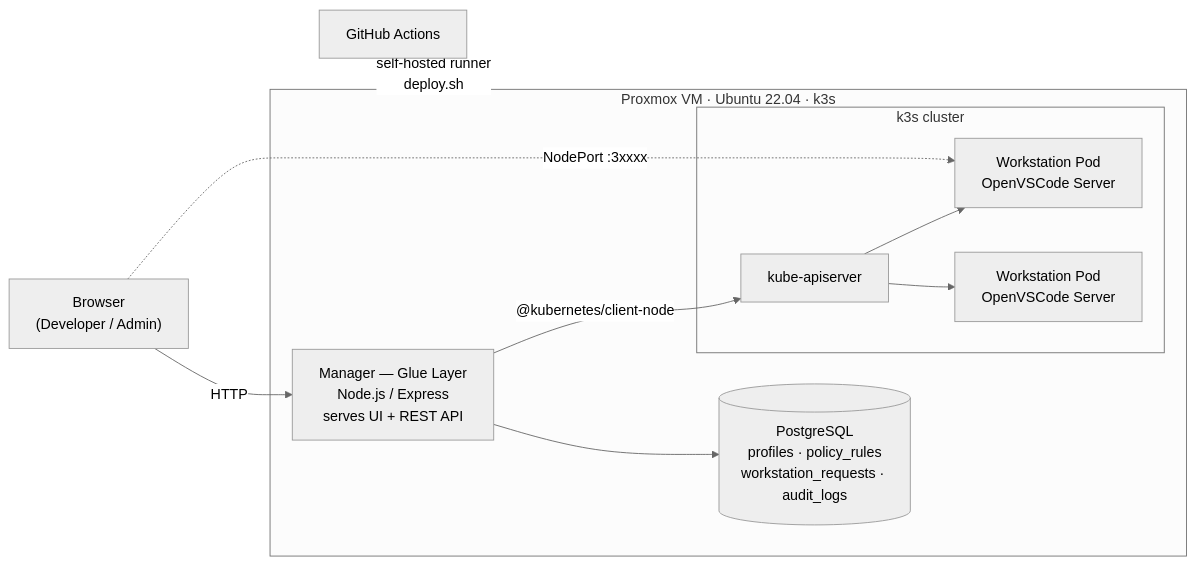
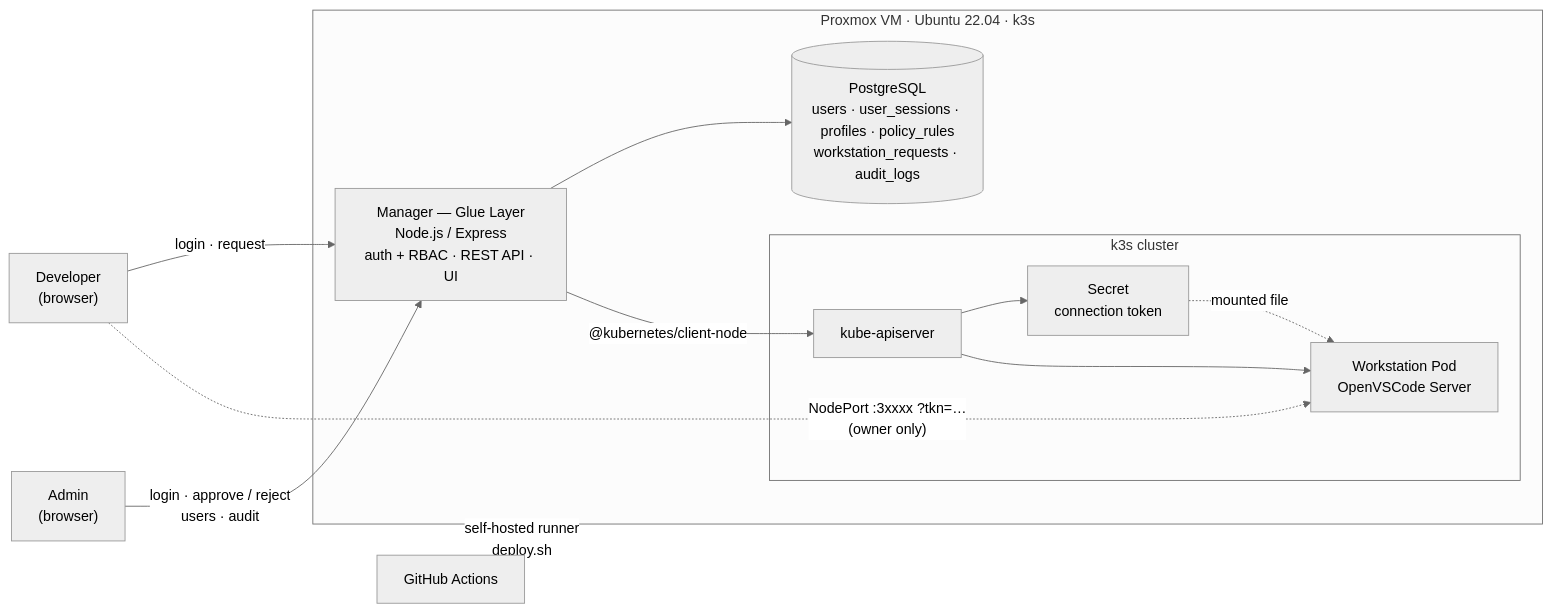
Before and after one commit to jsarr11/thesis-workstations: the diagram in README.md, drawn with Mermaid (neutral theme). The commit also changed other lines of this file and 2 other files, not shown here.

First line of the commit message:
feat(portal): show recent rejections/failures; docs: updated diagrams

````diff
--- a/README.md
+++ b/README.md
@@ -36,20 +36,22 @@
 ```mermaid
 flowchart LR
-    U["Browser<br/>(Developer / Admin)"] -->|HTTP| M
+    DEV["Developer<br/>(browser)"] -->|"login · request"| M
+    ADM["Admin<br/>(browser)"] -->|"login · approve / reject<br/>users · audit"| M
 
     subgraph VM["Proxmox VM · Ubuntu 22.04 · k3s"]
-        M["Manager — Glue Layer<br/>Node.js / Express<br/>serves UI + REST API"]
-        DB[("PostgreSQL<br/>profiles · policy_rules<br/>workstation_requests · audit_logs")]
+        M["Manager — Glue Layer<br/>Node.js / Express<br/>auth + RBAC · REST API · UI"]
+        DB[("PostgreSQL<br/>users · user_sessions · profiles · policy_rules<br/>workstation_requests · audit_logs")]
         subgraph K3S["k3s cluster"]
             API["kube-apiserver"]
+            S["Secret<br/>connection token"]
             W1["Workstation Pod<br/>OpenVSCode Server"]
-            W2["Workstation Pod<br/>OpenVSCode Server"]
         end
         M --> DB
         M -->|"@kubernetes/client-node"| API
-        API --> W1 & W2
+        API --> S & W1
+        S -.->|"mounted file"| W1
     end
 
-    U -.->|"NodePort :3xxxx"| W1
+    DEV -.->|"NodePort :3xxxx ?tkn=…<br/>(owner only)"| W1
     GH["GitHub Actions"] -->|"self-hosted runner<br/>deploy.sh"| VM
 ```
````
